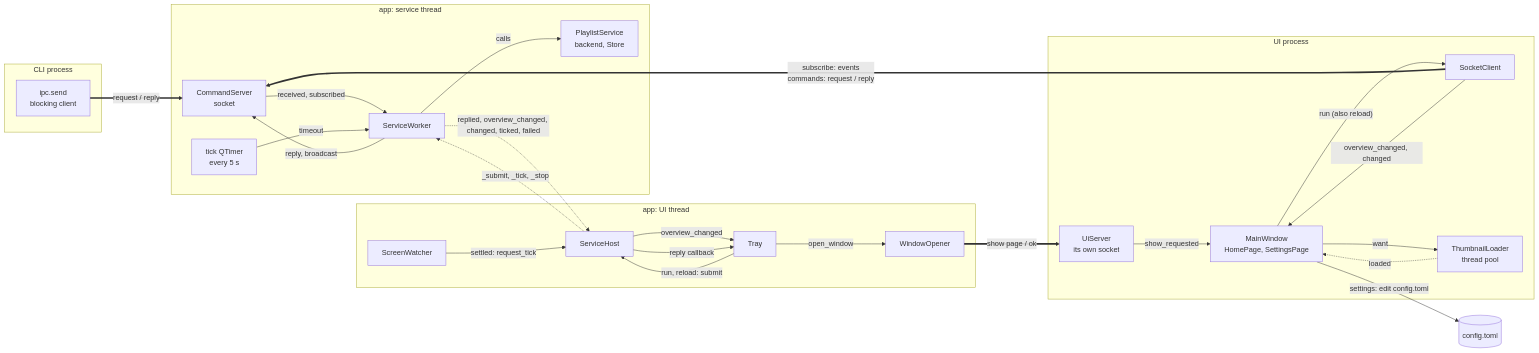
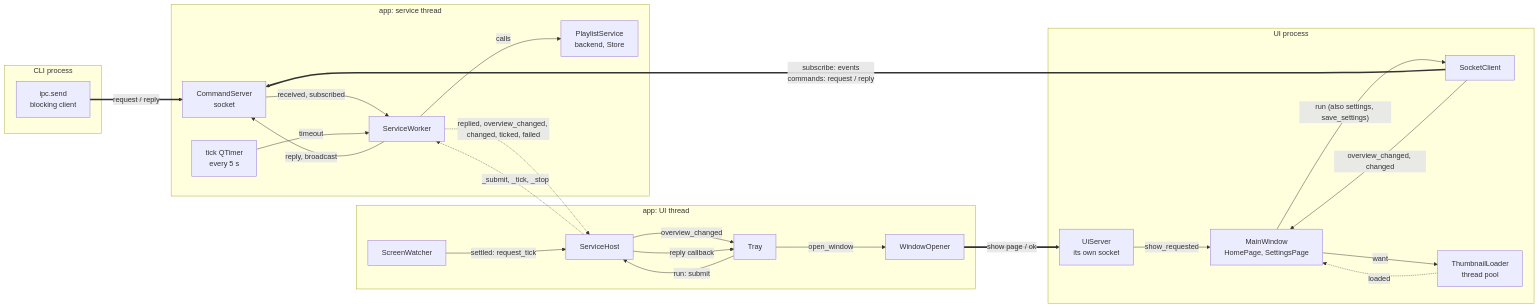
One commit to cheshire0xff/wallpaper_py changed the first of 7 diagrams in docs/app-wiring.md. Above: the diagram before and after it, drawn with Mermaid. The commit also changed other lines of this file and 60 other files, not shown here.

First line of the commit message:
Phase 4b step 3b: the monitor-first Settings page, config.toml gone

````diff
--- a/docs/app-wiring.md
+++ b/docs/app-wiring.md
@@ -43,45 +43,44 @@
 ```mermaid
 flowchart LR
     subgraph CLI["CLI process"]
         send["ipc.send<br/>blocking client"]
     end
     subgraph UIP["UI process"]
         uiserver["UiServer<br/>its own socket"]
         client["SocketClient"]
         windows["MainWindow<br/>HomePage, SettingsPage"]
         thumbs["ThumbnailLoader<br/>thread pool"]
     end
     subgraph UI["app: UI thread"]
         tray["Tray"]
         opener["WindowOpener"]
         screens["ScreenWatcher"]
         host["ServiceHost"]
     end
     subgraph SVC["app: service thread"]
         server["CommandServer<br/>socket"]
         timer["tick QTimer<br/>every 5 s"]
         worker["ServiceWorker"]
         service["PlaylistService<br/>backend, Store"]
     end
 
     send ==>|"request / reply"| server
     client ==>|"subscribe: events<br/>commands: request / reply"| server
     opener ==>|"show page / ok"| uiserver
     uiserver -->|"show_requested"| windows
     client -->|"overview_changed, changed"| windows
-    windows -->|"run (also reload)"| client
-    windows -->|"settings: edit config.toml"| file[("config.toml")]
+    windows -->|"run (also settings, save_settings)"| client
     windows -->|"want"| thumbs
     thumbs -.->|"loaded"| windows
     server -->|"received, subscribed"| worker
     worker -->|"reply, broadcast"| server
     tray -->|"open_window"| opener
-    tray -->|"run, reload: submit"| host
+    tray -->|"run: submit"| host
     screens -->|"settled: request_tick"| host
     host -.->|"_submit, _tick, _stop"| worker
     timer -->|"timeout"| worker
     worker -->|"calls"| service
     worker -.->|"replied, overview_changed, changed, ticked, failed"| host
     host -->|"overview_changed"| tray
     host -->|"reply callback"| tray
 ```
````
